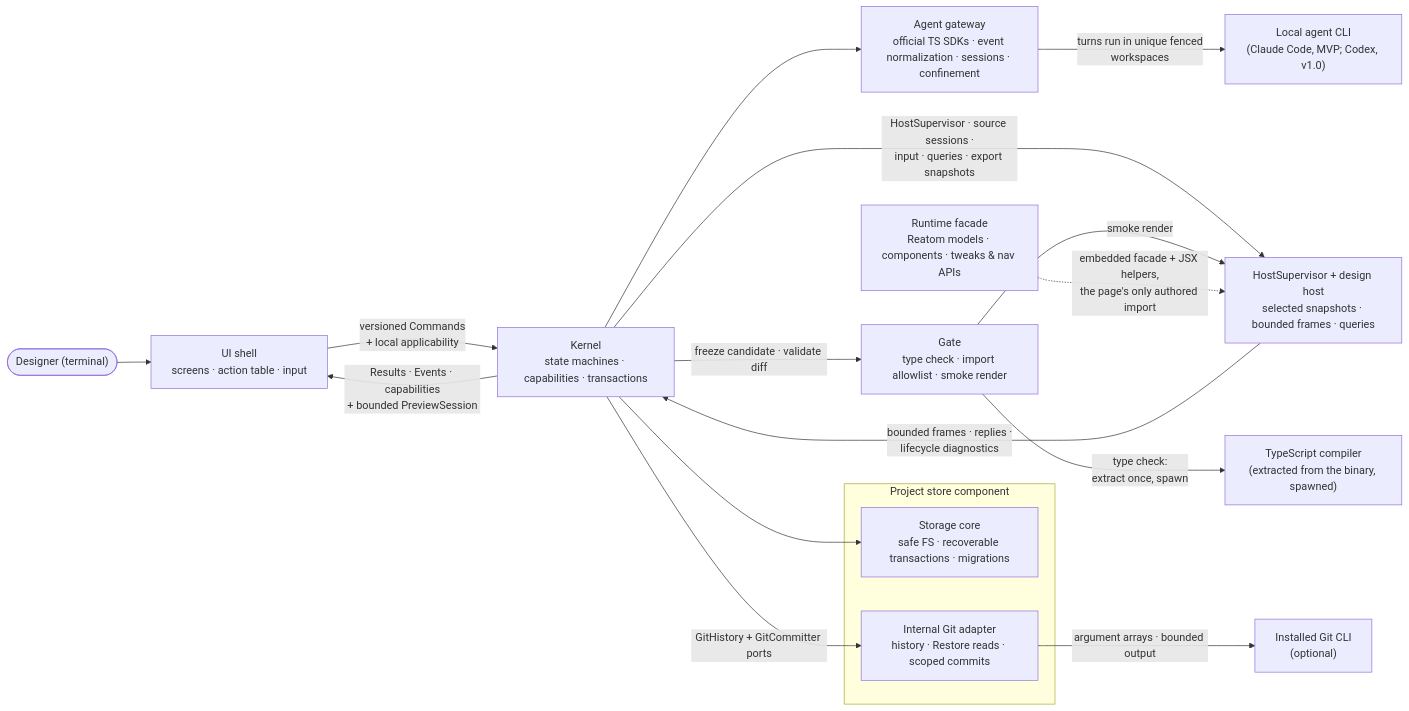
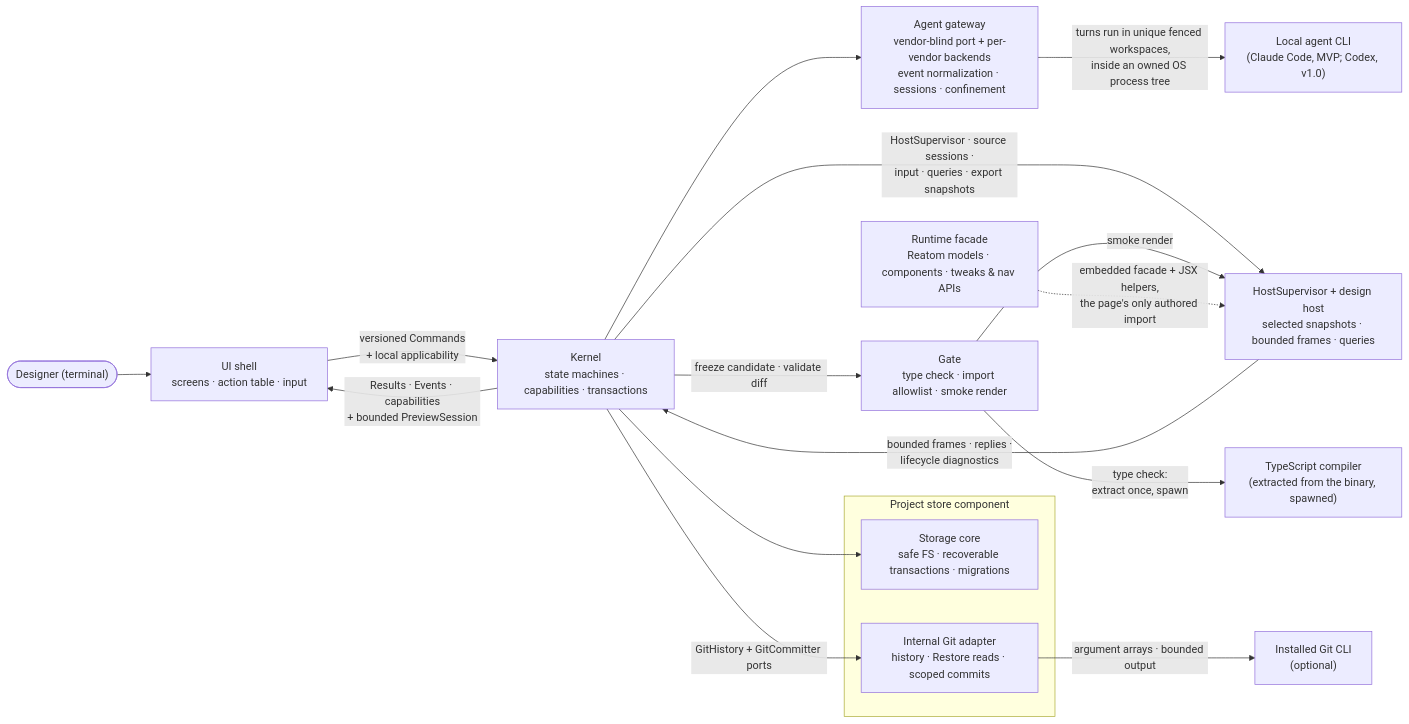
Before and after one commit to khmilevoi/termcraft: the diagram in docs/architecture/modules.md, drawn with Mermaid. The commit also changed other lines of this file and 12 other files, not shown here.

````diff
--- a/docs/architecture/modules.md
+++ b/docs/architecture/modules.md
@@ -3,32 +3,32 @@
 ```mermaid
 flowchart LR
     designer(["Designer (terminal)"]) --> uishell
     cli["Local agent CLI<br/>(Claude Code, MVP; Codex, v1.0)"]
     gitcli["Installed Git CLI<br/>(optional)"]
     tsc["TypeScript compiler<br/>(extracted from the binary, spawned)"]
 
     uishell["UI shell<br/>screens · action table · input"]
     kernel["Kernel<br/>state machines · capabilities · transactions"]
-    gateway["Agent gateway<br/>official TS SDKs · event normalization · sessions · confinement"]
+    gateway["Agent gateway<br/>vendor-blind port + per-vendor backends<br/>event normalization · sessions · confinement"]
     gate["Gate<br/>type check · import allowlist · smoke render"]
     runtime["Runtime facade<br/>Reatom models · components · tweaks & nav APIs"]
     host["HostSupervisor + design host<br/>selected snapshots · bounded frames · queries"]
     subgraph storecomponent["Project store component"]
         pstore["Storage core<br/>safe FS · recoverable transactions · migrations"]
         gitadapter["Internal Git adapter<br/>history · Restore reads · scoped commits"]
     end
 
     uishell -- "versioned Commands<br/>+ local applicability" --> kernel
     kernel -- "Results · Events · capabilities<br/>+ bounded PreviewSession" --> uishell
     kernel --> gateway
-    gateway -- "turns run in unique fenced<br/>workspaces" --> cli
+    gateway -- "turns run in unique fenced workspaces,<br/>inside an owned OS process tree" --> cli
     kernel -- "freeze candidate · validate diff" --> gate
     kernel --> pstore
     kernel -- "GitHistory + GitCommitter ports" --> gitadapter
     gitadapter -- "argument arrays · bounded output" --> gitcli
     kernel -- "HostSupervisor · source sessions ·<br/>input · queries · export snapshots" --> host
     host -- "bounded frames · replies ·<br/>lifecycle diagnostics" --> kernel
     gate -- "smoke render" --> host
     gate -- "type check:<br/>extract once, spawn" --> tsc
     runtime -. "embedded facade + JSX helpers,<br/>the page's only authored import" .-> host
 ```
````
